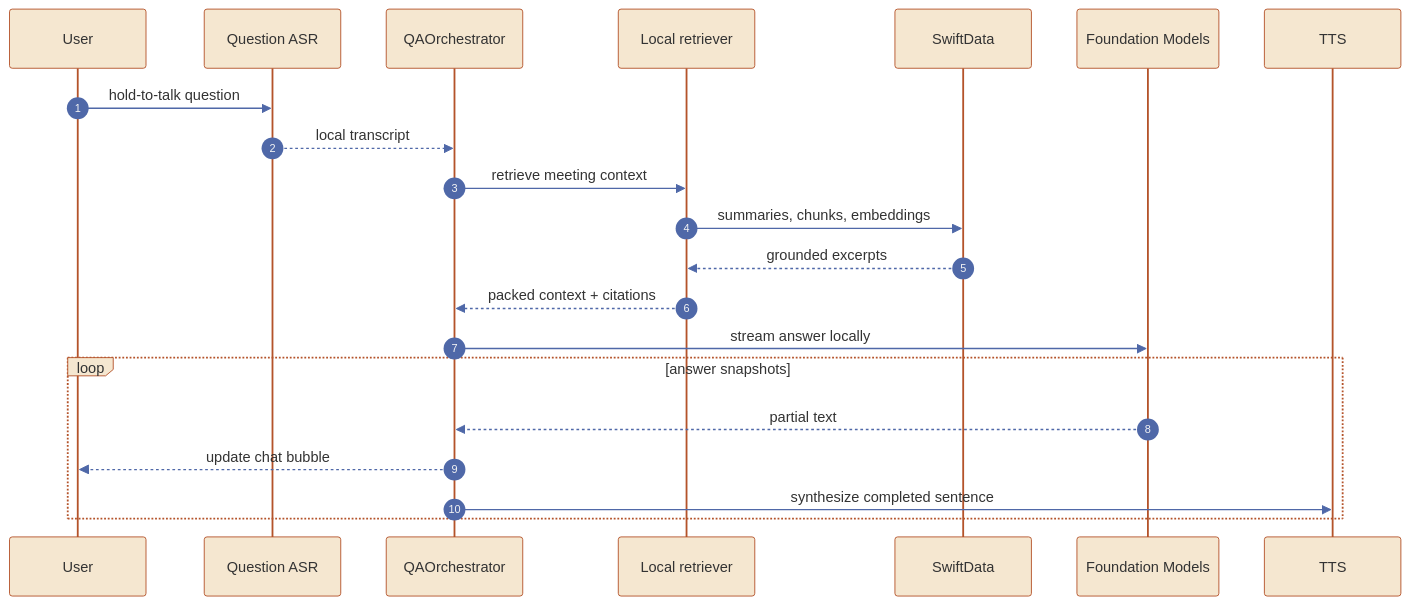
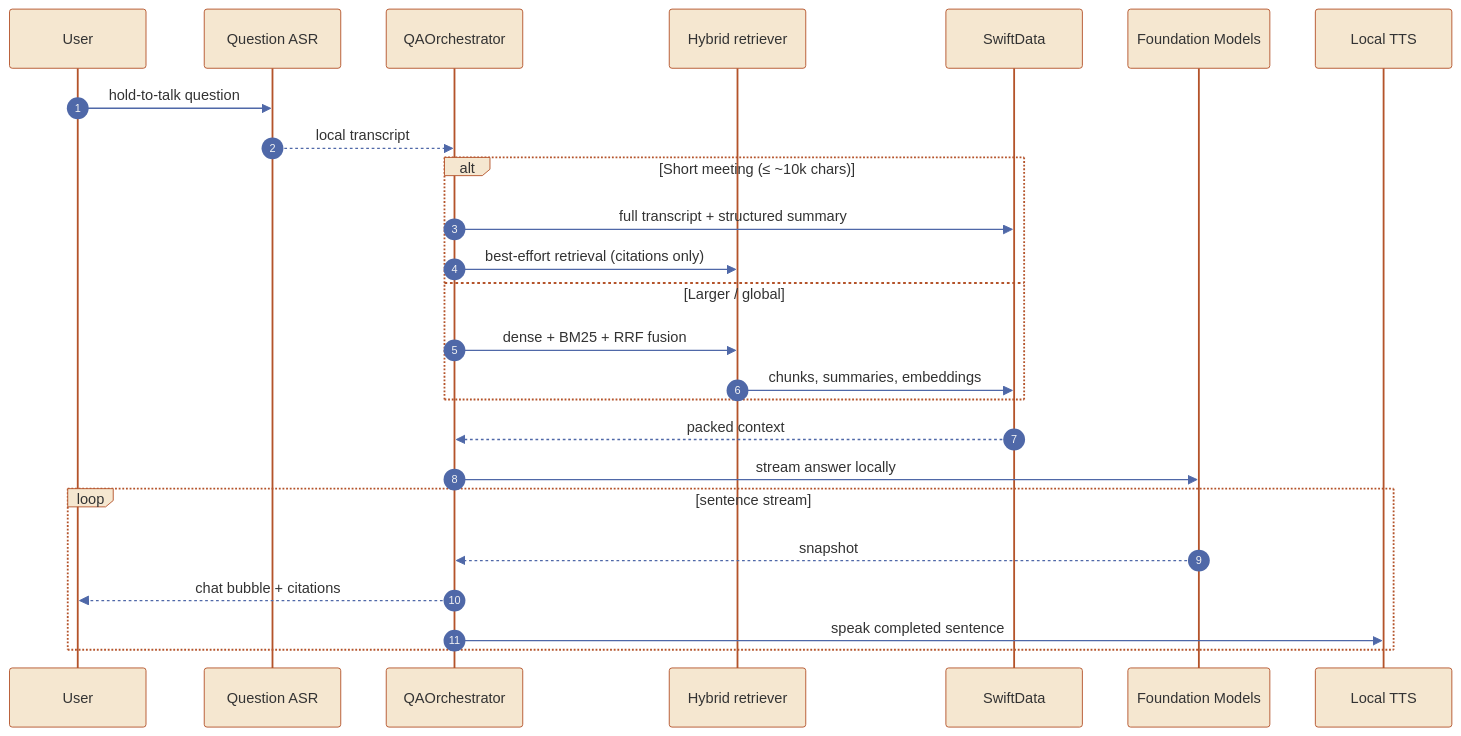
The second of 2 diagrams in README.md (theaayushstha1/aftertalk), drawn with Mermaid before and after one commit. The commit also changed other lines of this file and 3 other files, not shown here.

````diff
--- a/README.md
+++ b/README.md
@@ -74,25 +98,29 @@
 ```mermaid
 %%{init: {'theme': 'base', 'themeVariables': {'actorBkg': '#F5E7D0', 'actorBorder': '#B4532A', 'signalColor': '#4F68A8', 'activationBkgColor': '#E7F1EA', 'noteBkgColor': '#FFF4CC', 'fontFamily': 'Inter, ui-sans-serif, system-ui'}}}%%
 sequenceDiagram
     autonumber
     participant U as User
     participant ASR as Question ASR
     participant Q as QAOrchestrator
-    participant R as Local retriever
+    participant R as Hybrid retriever
     participant DB as SwiftData
     participant LLM as Foundation Models
-    participant TTS as TTS
+    participant TTS as Local TTS
 
     U->>ASR: hold-to-talk question
     ASR-->>Q: local transcript
-    Q->>R: retrieve meeting context
-    R->>DB: summaries, chunks, embeddings
-    DB-->>R: grounded excerpts
-    R-->>Q: packed context + citations
+    alt Short meeting (≤ ~10k chars)
+        Q->>DB: full transcript + structured summary
+        Q->>R: best-effort retrieval (citations only)
+    else Larger / global
+        Q->>R: dense + BM25 + RRF fusion
+        R->>DB: chunks, summaries, embeddings
+    end
+    DB-->>Q: packed context
     Q->>LLM: stream answer locally
-    loop answer snapshots
-        LLM-->>Q: partial text
-        Q-->>U: update chat bubble
-        Q->>TTS: synthesize completed sentence
+    loop sentence stream
+        LLM-->>Q: snapshot
+        Q-->>U: chat bubble + citations
+        Q->>TTS: speak completed sentence
     end
 ```
````
